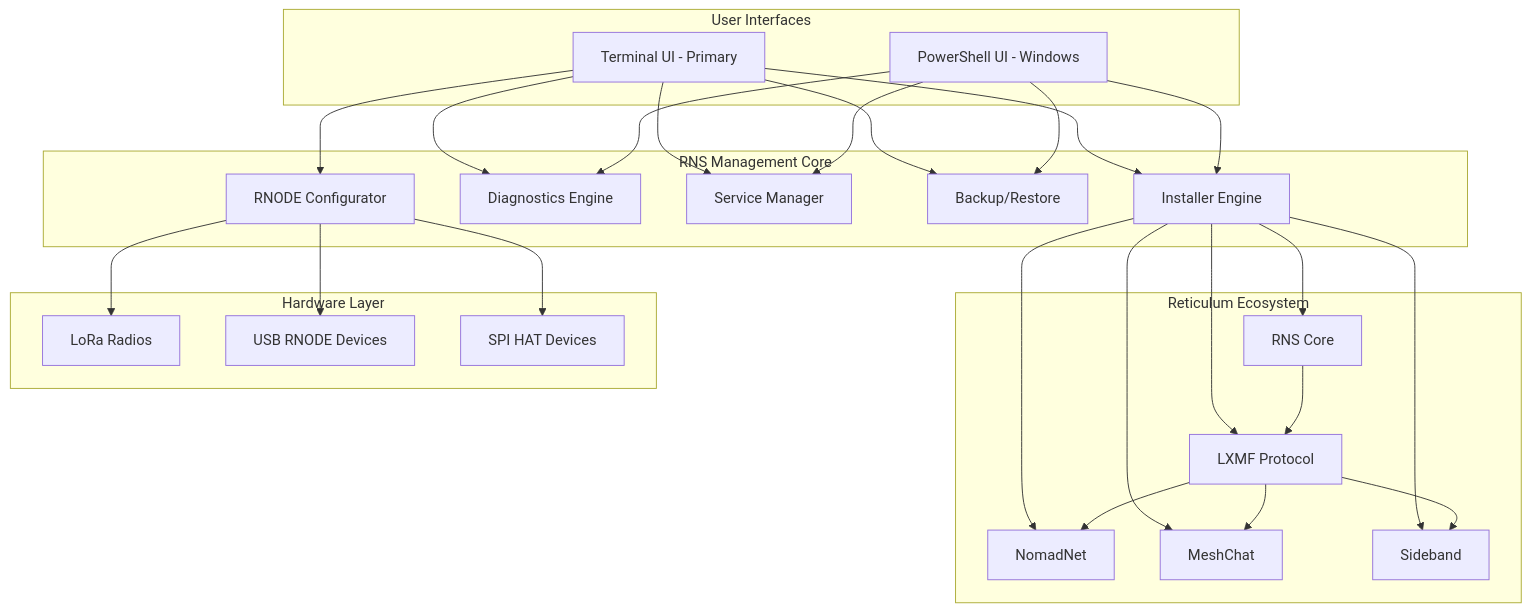
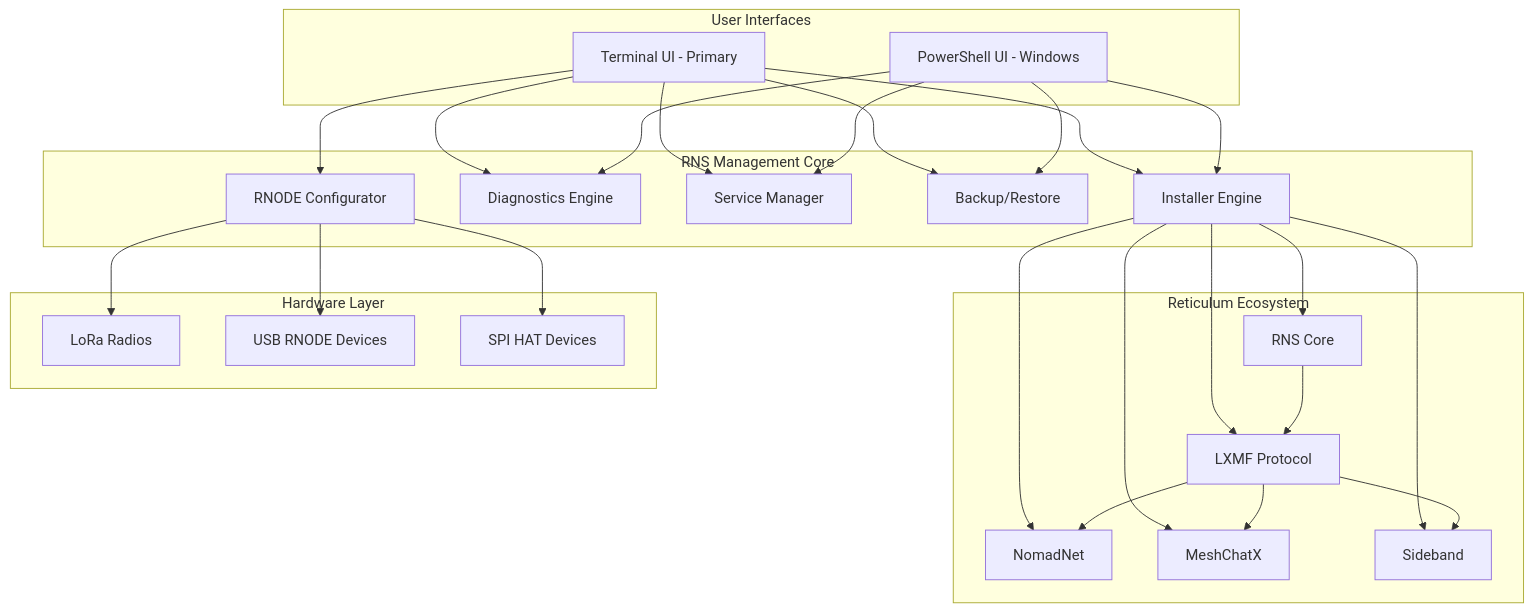
The diagram in CLAUDE.md (Nursedude/RNS-Management-Tool), drawn with Mermaid before and after one commit. The commit also changed other lines of this file and 23 other files, not shown here.

First line of the commit message:
feat(install): migrate MeshChat → MeshChatX (pip wheel, no Node.js)

````diff
--- a/CLAUDE.md
+++ b/CLAUDE.md
@@ -28,36 +28,36 @@
 ```mermaid
 graph TB
     subgraph "User Interfaces"
         TUI[Terminal UI - Primary]
         PS[PowerShell UI - Windows]
     end
 
     subgraph "RNS Management Core"
         INST[Installer Engine]
         DIAG[Diagnostics Engine]
         SVC[Service Manager]
         BACKUP[Backup/Restore]
         RNODE[RNODE Configurator]
     end
 
     subgraph "Reticulum Ecosystem"
         RNS[RNS Core]
         LXMF[LXMF Protocol]
         NOMAD[NomadNet]
-        MESH[MeshChat]
+        MESH[MeshChatX]
         SIDE[Sideband]
     end
 
     subgraph "Hardware Layer"
         LORA[LoRa Radios]
         USB[USB RNODE Devices]
         SPI[SPI HAT Devices]
     end
 
     TUI --> INST & DIAG & SVC & BACKUP & RNODE
     PS --> INST & DIAG & SVC & BACKUP
 
     INST --> RNS & LXMF & NOMAD & MESH & SIDE
     RNODE --> LORA & USB & SPI
     RNS --> LXMF --> NOMAD & MESH & SIDE
 ```
````
